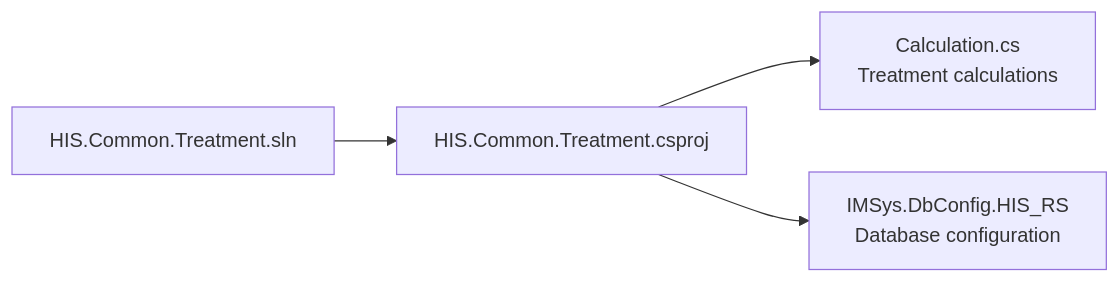
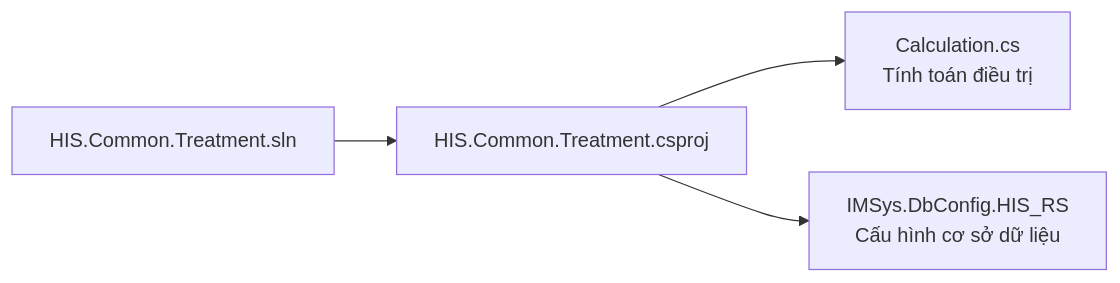
The fourth of 7 diagrams in docs/his-ba-documentation/02-modules/common-libraries/libraries.md (thangpnb/HIS), drawn with Mermaid before and after one commit. The commit also changed other lines of this file and 30 other files, not shown here.

Commit message:
Refactor architecture docs and update translations

````diff
--- a/docs/his-ba-documentation/02-modules/common-libraries/libraries.md
+++ b/docs/his-ba-documentation/02-modules/common-libraries/libraries.md
@@ -307,11 +307,11 @@
 ```mermaid
 graph LR
     Solution["HIS.Common.Treatment.sln"]
     Project["HIS.Common.Treatment.csproj"]
-    Calculation["Calculation.cs<br/>Treatment calculations"]
-    DbConfig["IMSys.DbConfig.HIS_RS<br/>Database configuration"]
+    Calculation["Calculation.cs<br/>Tính toán điều trị"]
+    DbConfig["IMSys.DbConfig.HIS_RS<br/>Cấu hình cơ sở dữ liệu"]
     
     Solution --> Project
     Project --> Calculation
     Project --> DbConfig
 ```
````
